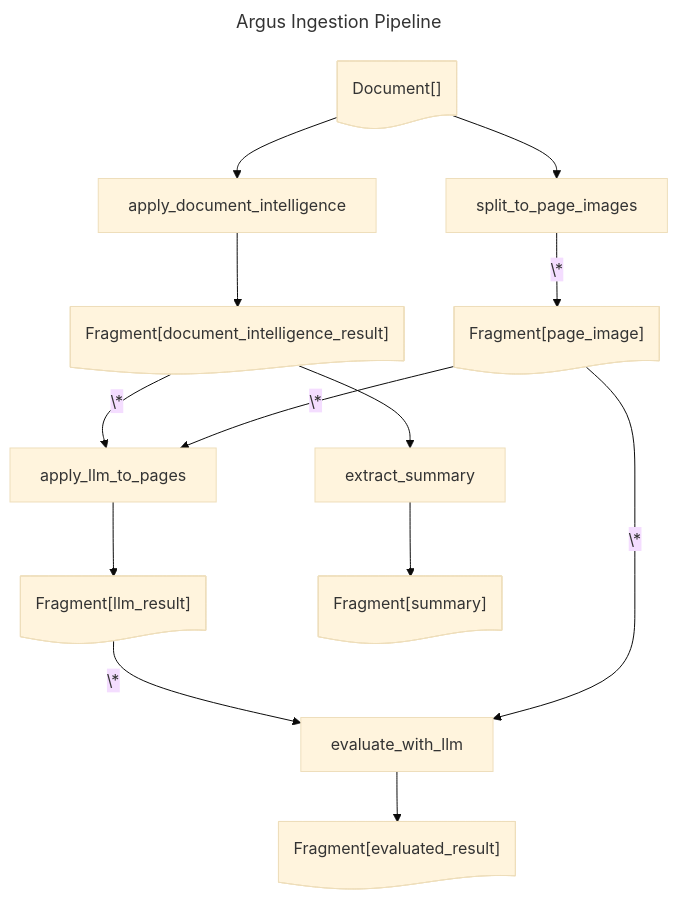
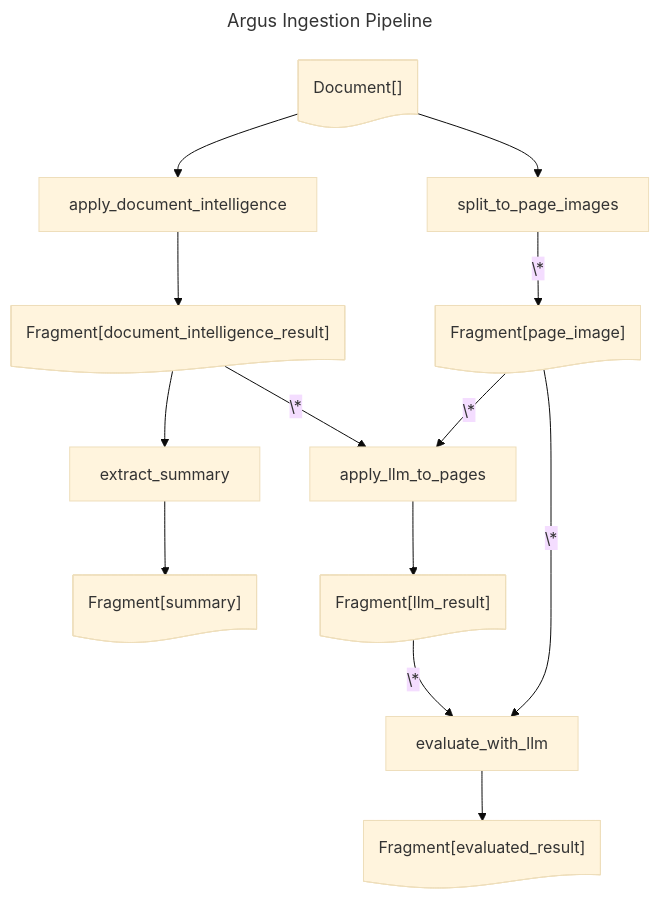
Before and after one commit to Azure-Samples/az-ai-catalyst: the diagram in examples/argus.md, drawn with Mermaid (base theme). The commit also changed other lines of this file and 16 other files, not shown here.

````diff
--- a/examples/argus.md
+++ b/examples/argus.md
@@ -1,29 +1,29 @@
 ```mermaid
 ---
 title: Argus Ingestion Pipeline
 ---
 flowchart TD
+    apply_document_intelligence@{ shape: rect, label: "apply_document_intelligence" }
+    apply_llm_to_pages@{ shape: rect, label: "apply_llm_to_pages" }
     evaluate_with_llm@{ shape: rect, label: "evaluate_with_llm" }
+    Fragment_page_image@{ shape: doc, label: "Fragment[page_image]" }
+    Fragment_summary@{ shape: doc, label: "Fragment[summary]" }
+    Fragment_document_intelligence_result@{ shape: doc, label: "Fragment[document_intelligence_result]" }
+    split_to_page_images@{ shape: rect, label: "split_to_page_images" }
+    Fragment_evaluated_result@{ shape: doc, label: "Fragment[evaluated_result]" }
+    extract_summary@{ shape: rect, label: "extract_summary" }
     Fragment_llm_result@{ shape: doc, label: "Fragment[llm_result]" }
-    apply_document_intelligence@{ shape: rect, label: "apply_document_intelligence" }
-    Fragment_evaluated_result@{ shape: doc, label: "Fragment[evaluated_result]" }
-    Fragment_page_image@{ shape: doc, label: "Fragment[page_image]" }
-    apply_llm_to_pages@{ shape: rect, label: "apply_llm_to_pages" }
-    Fragment_summary@{ shape: doc, label: "Fragment[summary]" }
-    extract_summary@{ shape: rect, label: "extract_summary" }
-    Fragment_document_intelligence_result@{ shape: doc, label: "Fragment[document_intelligence_result]" }
     Document_@{ shape: doc, label: "Document[]" }
-    split_to_page_images@{ shape: rect, label: "split_to_page_images" }
     Document_ --> apply_document_intelligence
     apply_document_intelligence --> Fragment_document_intelligence_result
     Document_ --> split_to_page_images
     split_to_page_images -- \* --> Fragment_page_image
     Fragment_document_intelligence_result -- \* --> apply_llm_to_pages
     Fragment_page_image -- \* --> apply_llm_to_pages
     apply_llm_to_pages --> Fragment_llm_result
     Fragment_document_intelligence_result --> extract_summary
     extract_summary --> Fragment_summary
     Fragment_llm_result -- \* --> evaluate_with_llm
     Fragment_page_image -- \* --> evaluate_with_llm
     evaluate_with_llm --> Fragment_evaluated_result
 ```
````
